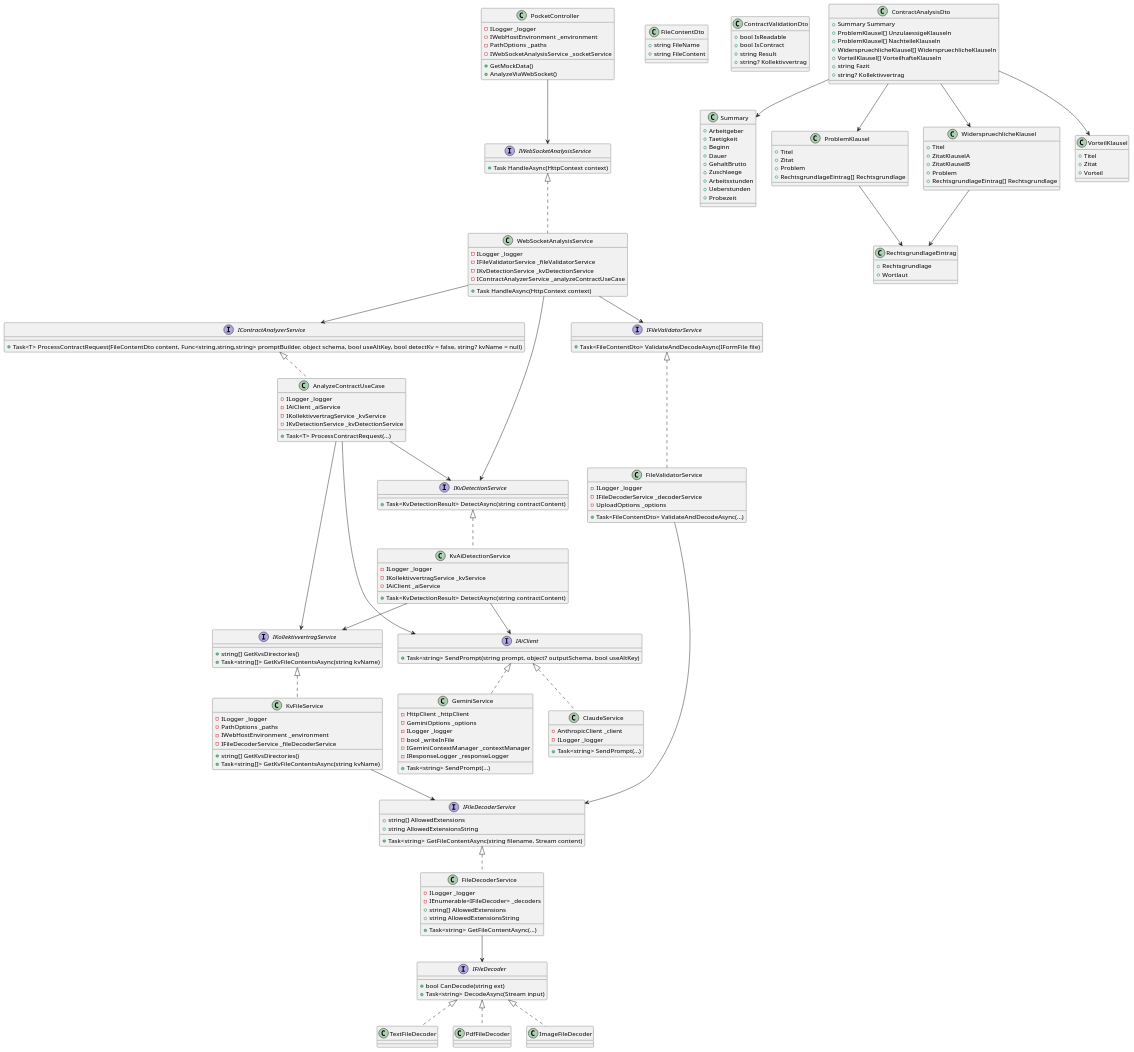
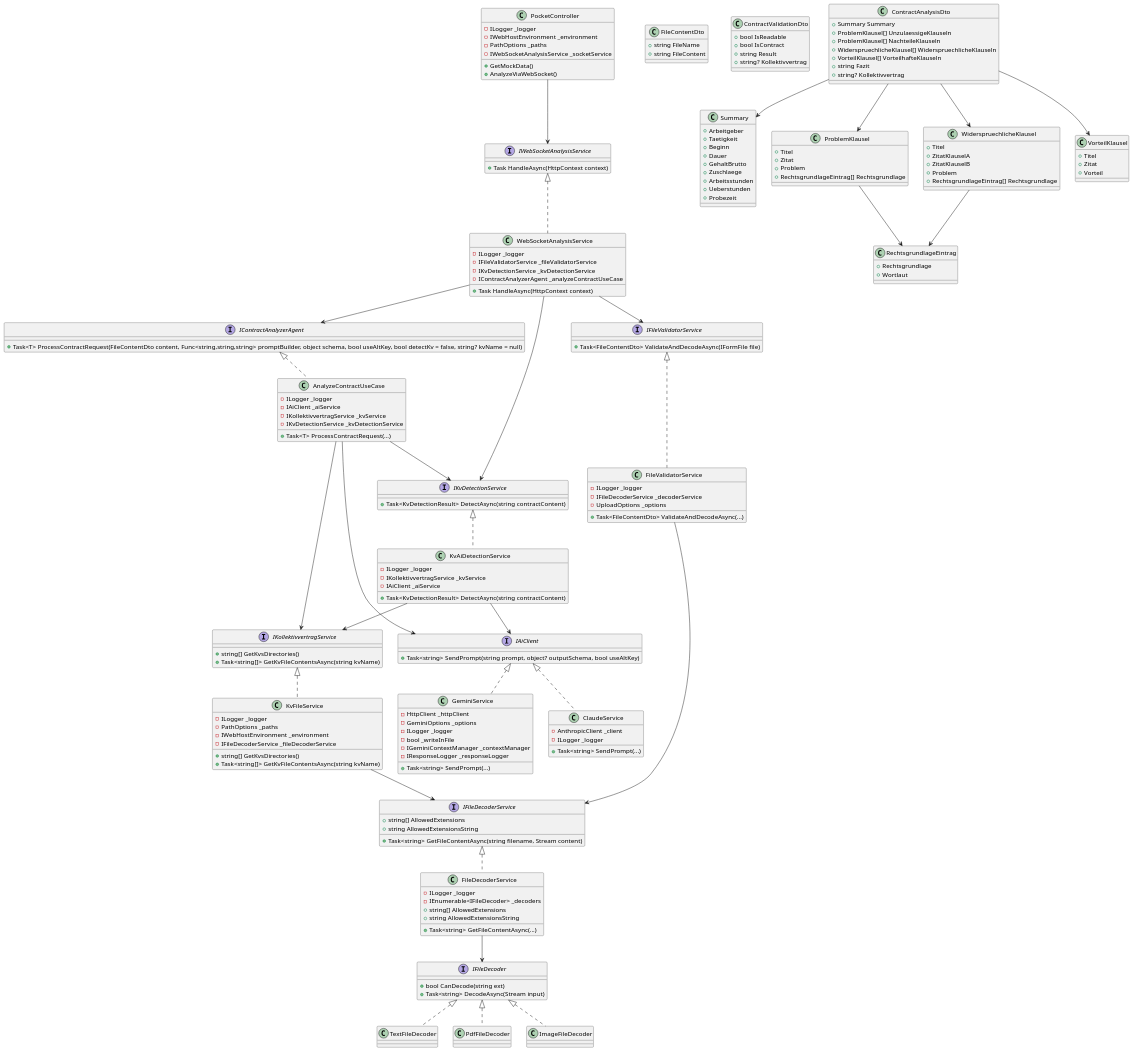
Before and after one commit to sebastian-305/PocketLawyer: the third of 8 diagrams in docs/Diagrams/diagrams.md, drawn with PlantUML. The commit also changed other lines of this file and 3 other files, not shown here.

```diff
--- a/docs/Diagrams/diagrams.md
+++ b/docs/Diagrams/diagrams.md
@@ -216,7 +216,7 @@
 KvAiDetectionService --> IKollektivvertragService
 KvAiDetectionService --> IAiClient
 
-interface IContractAnalyzerService {
+interface IContractAnalyzerAgent {
     +Task<T> ProcessContractRequest(FileContentDto content, Func<string,string,string> promptBuilder, object schema, bool useAltKey, bool detectKv = false, string? kvName = null)
 }
 
@@ -227,7 +227,7 @@
     -IKvDetectionService _kvDetectionService
     +Task<T> ProcessContractRequest(...)
 }
-IContractAnalyzerService <|.. AnalyzeContractUseCase
+IContractAnalyzerAgent <|.. AnalyzeContractUseCase
 AnalyzeContractUseCase --> IAiClient
 AnalyzeContractUseCase --> IKollektivvertragService
 AnalyzeContractUseCase --> IKvDetectionService
@@ -240,13 +240,13 @@
     -ILogger _logger
     -IFileValidatorService _fileValidatorService
     -IKvDetectionService _kvDetectionService
-    -IContractAnalyzerService _analyzeContractUseCase
+    -IContractAnalyzerAgent _analyzeContractUseCase
     +Task HandleAsync(HttpContext context)
 }
 IWebSocketAnalysisService <|.. WebSocketAnalysisService
 WebSocketAnalysisService --> IFileValidatorService
 WebSocketAnalysisService --> IKvDetectionService
-WebSocketAnalysisService --> IContractAnalyzerService
+WebSocketAnalysisService --> IContractAnalyzerAgent
 
 class PocketController {
     -ILogger _logger
```
